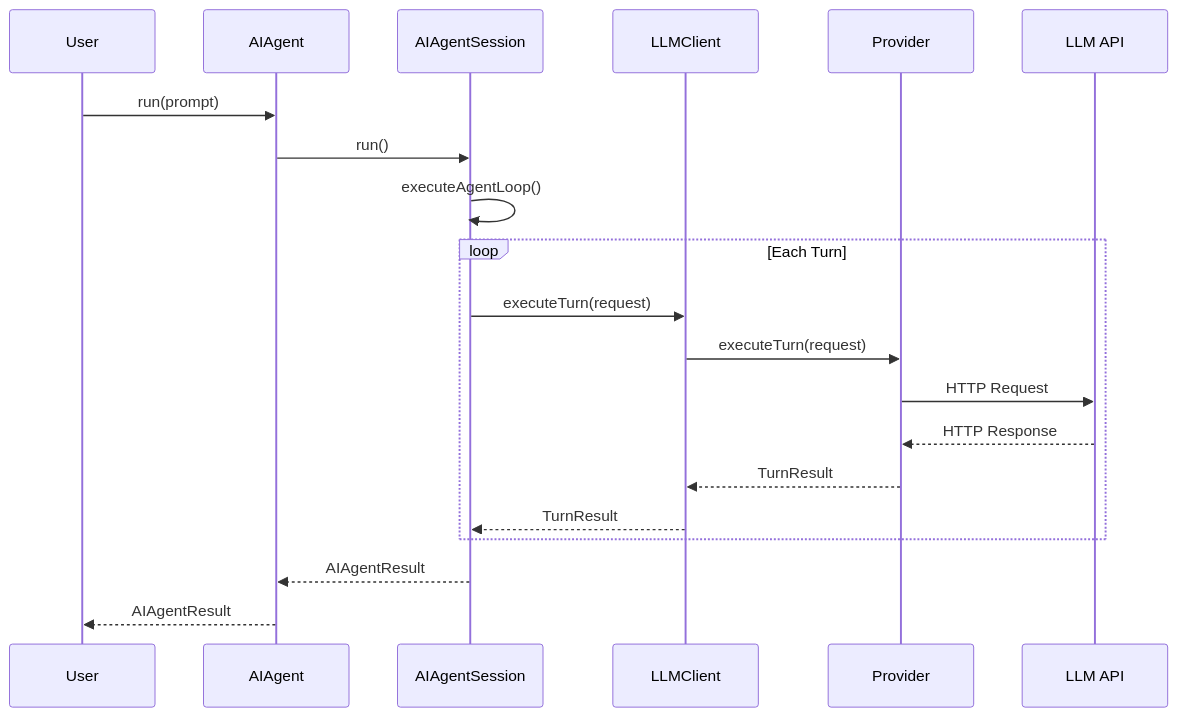
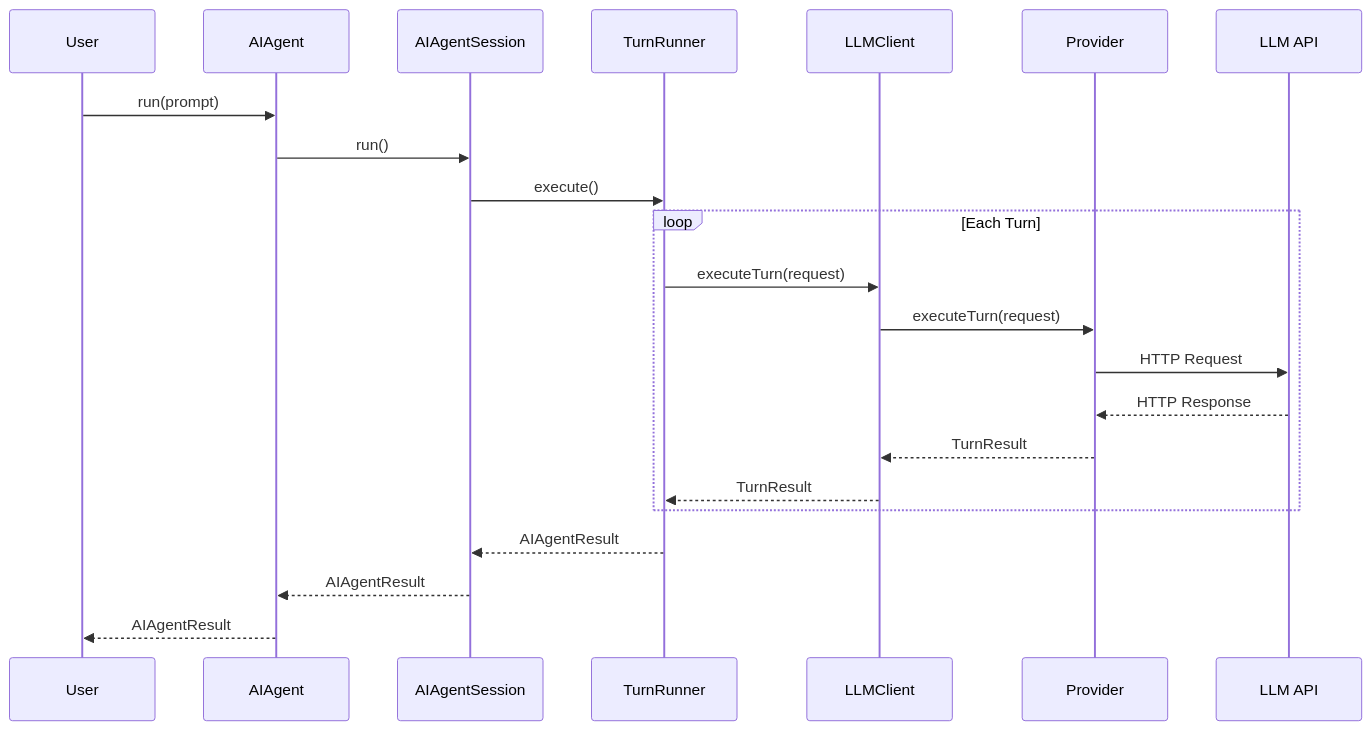
One commit to netdata/netdata changed the second of 3 diagrams in docs/Technical-Specs-Architecture.md. Above: the diagram before and after it, drawn with Mermaid. The commit also changed other lines of this file and 60 other files, not shown here.

````diff
--- a/docs/Technical-Specs-Architecture.md
+++ b/docs/Technical-Specs-Architecture.md
@@ -241,23 +269,25 @@
 ```mermaid
 sequenceDiagram
     participant User
     participant AIAgent
     participant Session as AIAgentSession
+    participant TurnRunner
     participant LLMClient
     participant Provider
     participant LLM as LLM API
 
     User->>AIAgent: run(prompt)
     AIAgent->>Session: run()
-    Session->>Session: executeAgentLoop()
+    Session->>TurnRunner: execute()
     loop Each Turn
-        Session->>LLMClient: executeTurn(request)
+        TurnRunner->>LLMClient: executeTurn(request)
         LLMClient->>Provider: executeTurn(request)
         Provider->>LLM: HTTP Request
         LLM-->>Provider: HTTP Response
         Provider-->>LLMClient: TurnResult
-        LLMClient-->>Session: TurnResult
+        LLMClient-->>TurnRunner: TurnResult
     end
+    TurnRunner-->>Session: AIAgentResult
     Session-->>AIAgent: AIAgentResult
     AIAgent-->>User: AIAgentResult
 ```
````
